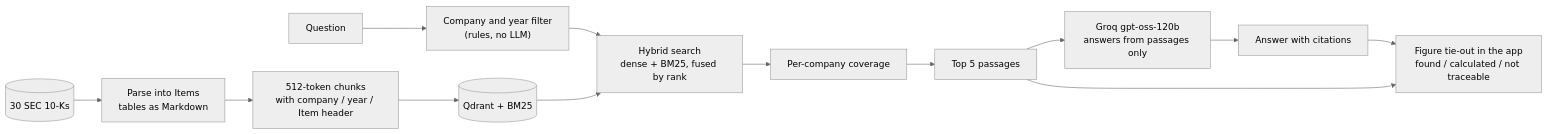
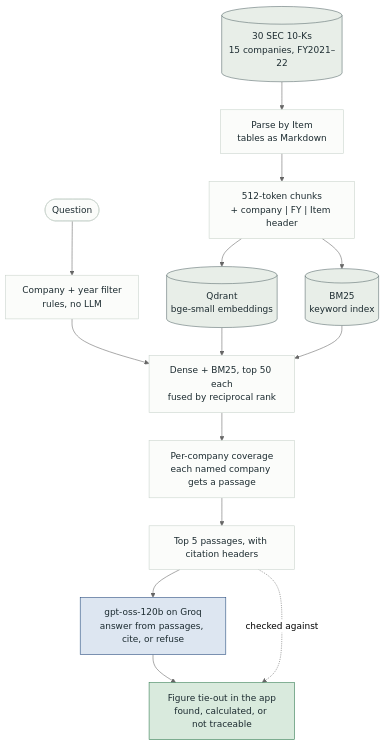
Before and after one commit to Day-Raval/finrag: the first of 2 diagrams in README.md, drawn with Mermaid (neutral theme). The commit also changed other lines of this file, not shown here.

Commit message:
Enhance README with process explanations and flowcharts
Updated the README to include detailed explanations of how questions are answered and how changes are validated in the system, along with flowcharts illustrating the processes.

````diff
--- a/README.md
+++ b/README.md
@@ -52,16 +54,26 @@
 ```mermaid
-flowchart LR
-    q[Question] --> filter["Company and year filter<br/>(rules, no LLM)"]
-    filter --> search["Hybrid search<br/>dense + BM25, fused by rank"]
-    search --> cover[Per-company coverage]
-    cover --> top5[Top 5 passages]
-    top5 --> llm["Groq gpt-oss-120b<br/>answers from passages only"]
-    llm --> answer[Answer with citations]
-    answer --> tie["Figure tie-out in the app<br/>found / calculated / not traceable"]
-    top5 --> tie
+flowchart TB
+    edgar[("30 SEC 10-Ks<br/>15 companies, FY2021–22")] --> parse["Parse by Item<br/>tables as Markdown"]
+    parse --> chunk["512-token chunks<br/>+ company | FY | Item header"]
+    chunk --> qdrant[("Qdrant<br/>bge-small embeddings")]
+    chunk --> bm25[("BM25<br/>keyword index")]
 
-    filings[(30 SEC 10-Ks)] --> parse[Parse into Items<br/>tables as Markdown]
-    parse --> chunk["512-token chunks<br/>with company / year / Item header"]
-    chunk --> index[(Qdrant + BM25)]
-    index --> search
+    q(["Question"]) --> filter["Company + year filter<br/>rules, no LLM"]
+    filter --> fuse["Dense + BM25, top 50 each<br/>fused by reciprocal rank"]
+    qdrant --> fuse
+    bm25 --> fuse
+    fuse --> cover["Per-company coverage<br/>each named company gets a passage"]
+    cover --> top5["Top 5 passages, with citation headers"]
+    top5 --> llm["gpt-oss-120b on Groq<br/>answer from passages, cite, or refuse"]
+    llm --> tie["Figure tie-out in the app<br/>found, calculated, or not traceable"]
+    top5 -. "checked against" .-> tie
+
+    classDef store fill:#e8eee8,stroke:#586a6d,color:#1c2b30
+    classDef step fill:#fbfcfa,stroke:#c8d3cb,color:#1c2b30
+    classDef model fill:#dde6f1,stroke:#22477a,color:#1c2b30
+    classDef ok fill:#d9eadd,stroke:#2f7a4f,color:#1c2b30
+    class edgar,qdrant,bm25 store
+    class parse,chunk,filter,fuse,cover,top5,q step
+    class llm model
+    class tie ok
 ```
````
